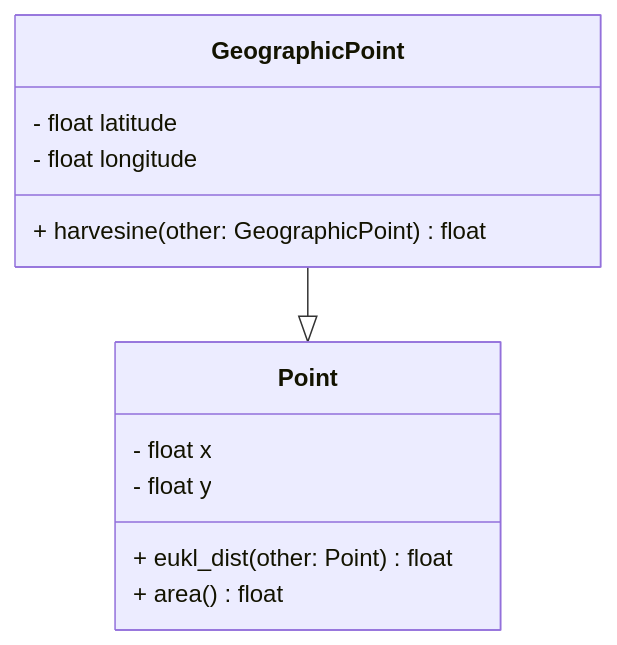
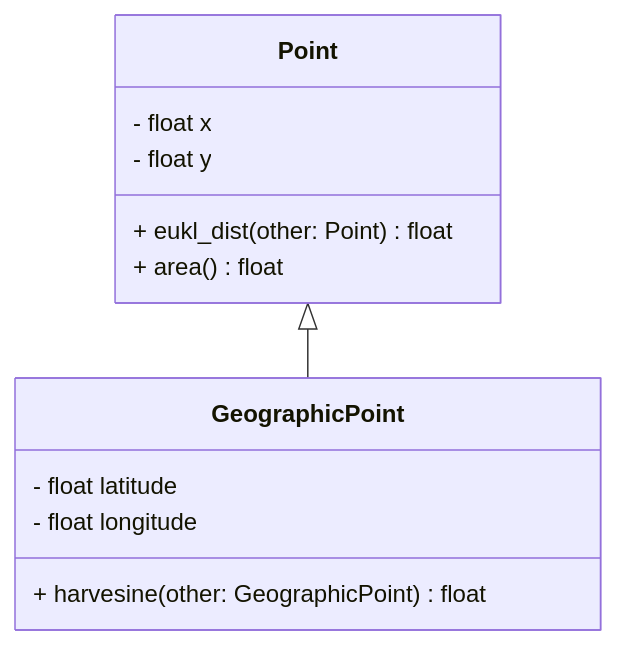
The diagram in readme.md (jaenixm/DatenmodellierungGeodatenbankenPVL1), drawn with Mermaid before and after one commit.

````diff
--- a/readme.md
+++ b/readme.md
@@ -1,17 +1,17 @@
 ```mermaid
 classDiagram
     class Point {
         - float x
         - float y
         + eukl_dist(other: Point) float
         + area() float
     }
 
     class GeographicPoint {
         - float latitude
         - float longitude
         + harvesine(other: GeographicPoint) float
     }
 
-    GeographicPoint --|> Point
+    Point <|-- GeographicPoint
 ```
````
